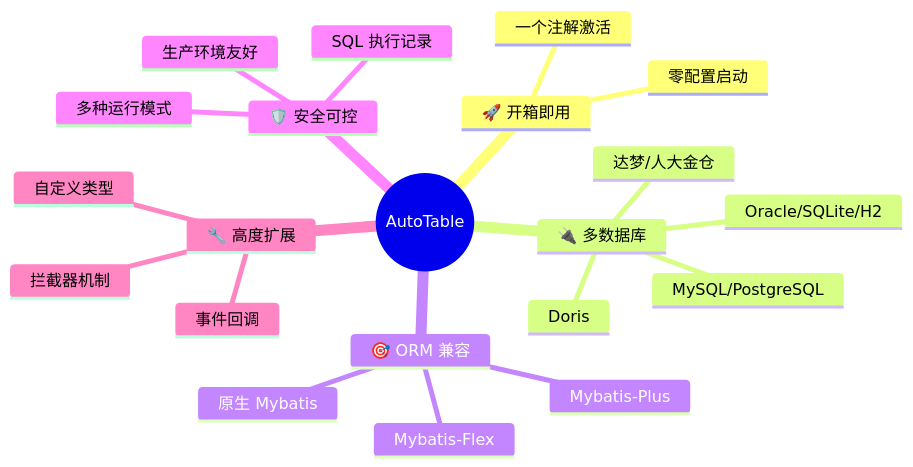
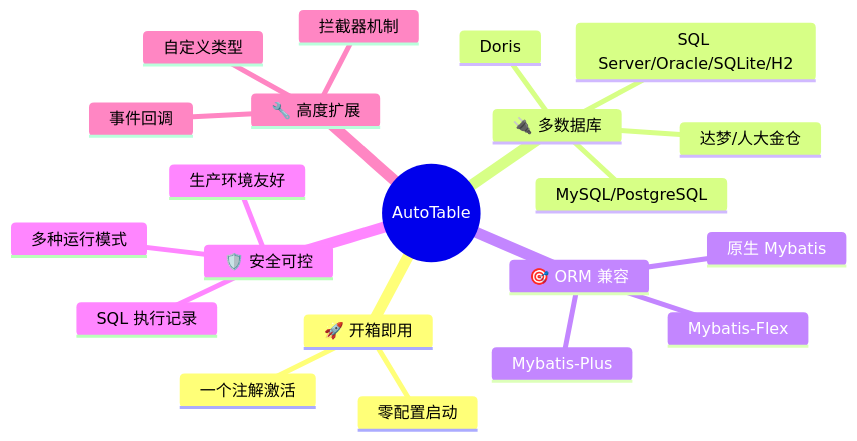
The third of 6 diagrams in auto-table-doc/docs/快速开始/简介.md (dromara/auto-table), drawn with Mermaid before and after one commit. The commit also changed other lines of this file and 19 other files, not shown here.

First line of the commit message:
feat(docs): 添加 SQL Server 数据库适配文档并优化版本管理

````diff
--- a/auto-table-doc/docs/快速开始/简介.md
+++ b/auto-table-doc/docs/快速开始/简介.md
@@ -77,24 +77,24 @@
 ```mermaid
 mindmap
   root((AutoTable))
     🚀 开箱即用
       一个注解激活
       零配置启动
     🔌 多数据库
       MySQL/PostgreSQL
-      Oracle/SQLite/H2
+      SQL Server/Oracle/SQLite/H2
       达梦/人大金仓
       Doris
     🎯 ORM 兼容
       Mybatis-Plus
       Mybatis-Flex
       原生 Mybatis
     🛡️ 安全可控
       多种运行模式
       SQL 执行记录
       生产环境友好
     🔧 高度扩展
       拦截器机制
       事件回调
       自定义类型
 ```
````
